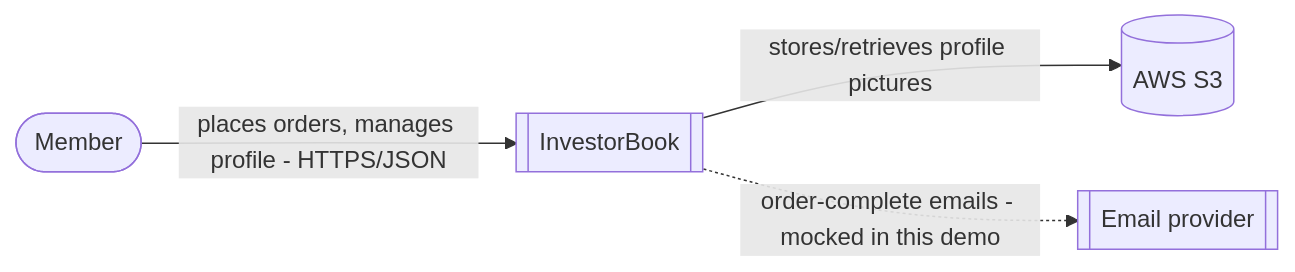
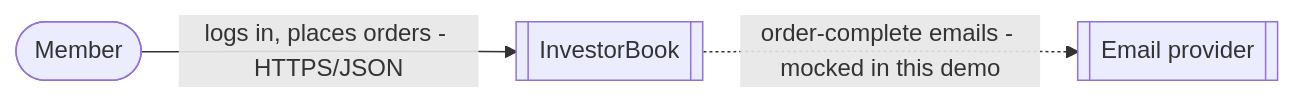
One commit to TareqAlhashash/microservices changed the first of 3 diagrams in README.md. Above: the diagram before and after it, drawn with Mermaid. The commit also changed other lines of this file and 7 other files, not shown here.

````diff
--- a/README.md
+++ b/README.md
@@ -18,11 +17,9 @@
 ```mermaid
 graph LR
     Member([Member])
     System[[InvestorBook]]
-    S3[(AWS S3)]
     Email[[Email provider]]
 
-    Member -->|places orders, manages profile - HTTPS/JSON| System
-    System -->|stores/retrieves profile pictures| S3
+    Member -->|logs in, places orders - HTTPS/JSON| System
     System -.->|order-complete emails - mocked in this demo| Email
 ```
````
